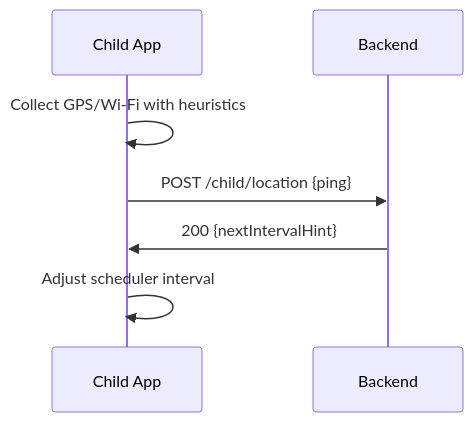
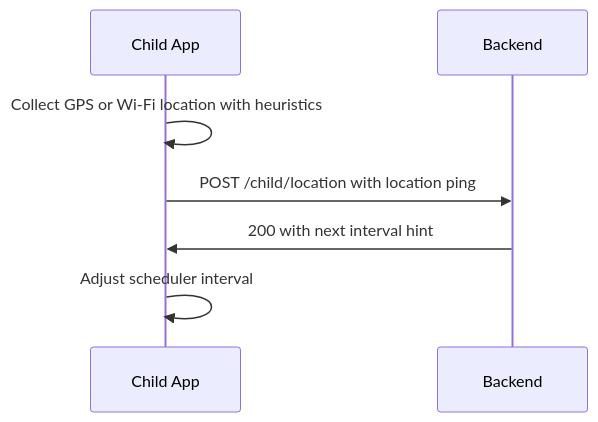
One commit to maiElkheshen066/safeGuard changed the diagram in Doc/Child app/features/02_background_location_tracking.md. Above: the diagram before and after it, drawn with Mermaid. The commit also changed other lines of this file and 9 other files, not shown here.

````diff
--- a/Doc/Child app/features/02_background_location_tracking.md
+++ b/Doc/Child app/features/02_background_location_tracking.md
@@ -27,9 +27,9 @@
 ```mermaid
 sequenceDiagram
   participant C as Child App
   participant B as Backend
-  C->>C: Collect GPS/Wi-Fi with heuristics
-  C->>B: POST /child/location {ping}
-  B->>C: 200 {nextIntervalHint}
+  C->>C: Collect GPS or Wi-Fi location with heuristics
+  C->>B: POST /child/location with location ping
+  B->>C: 200 with next interval hint
   C->>C: Adjust scheduler interval
 ```
````
